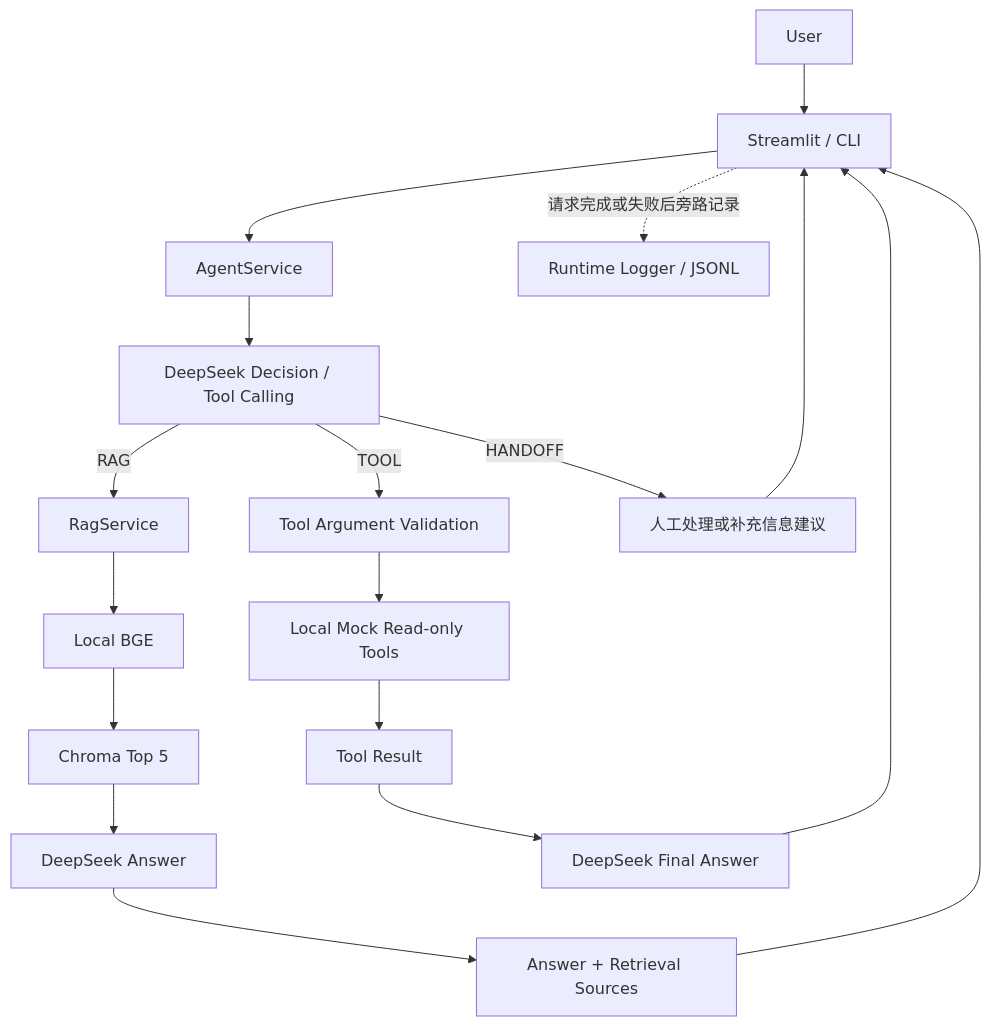
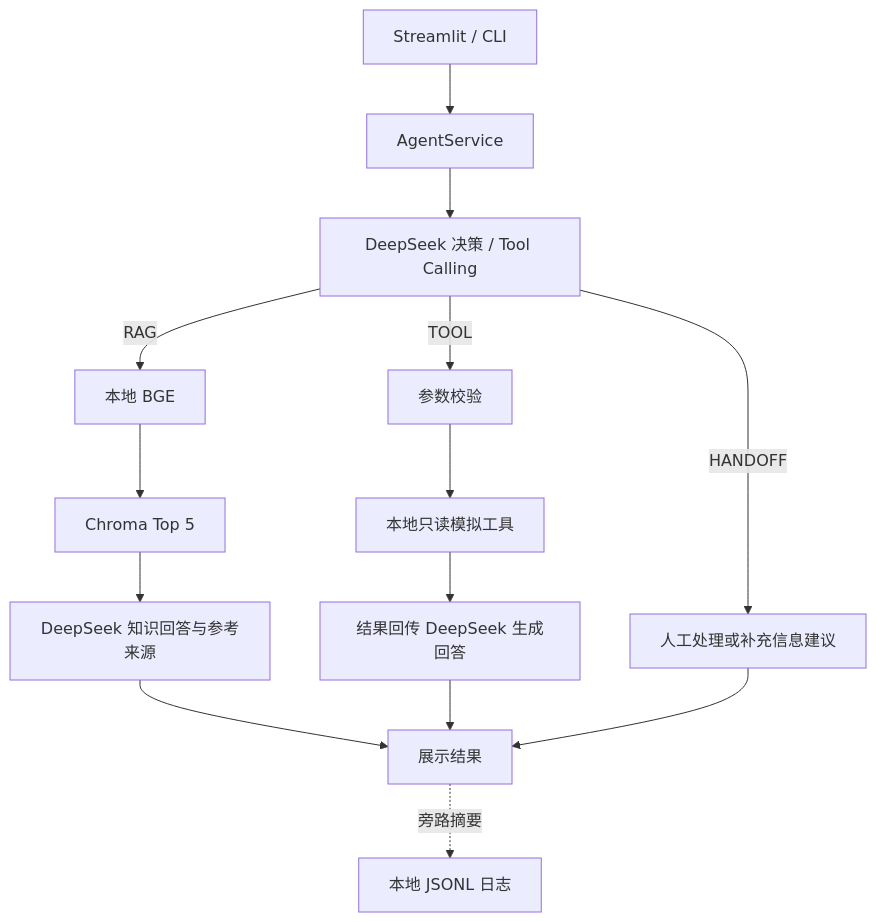
Before and after one commit to Enavant0/aura-labs-ai-customer-service-agent: the diagram in README.md, drawn with Mermaid. The commit also changed other lines of this file and 3 other files, not shown here.

````diff
--- a/README.md
+++ b/README.md
@@ -28,20 +32,16 @@
 ```mermaid
 flowchart TD
-    U[User] --> UI[Streamlit / CLI]
-    UI --> A[AgentService]
-    A --> D[DeepSeek Decision / Tool Calling]
-    D -->|RAG| R[RagService]
-    R --> B[Local BGE]
+    U[Streamlit / CLI] --> A[AgentService]
+    A --> D[DeepSeek 决策 / Tool Calling]
+    D -->|RAG| B[本地 BGE]
     B --> C[Chroma Top 5]
-    C --> G[DeepSeek Answer]
-    G --> O[Answer + Retrieval Sources]
-    D -->|TOOL| V[Tool Argument Validation]
-    V --> T[Local Mock Read-only Tools]
-    T --> TR[Tool Result]
-    TR --> F[DeepSeek Final Answer]
+    C --> R[DeepSeek 知识回答与参考来源]
+    D -->|TOOL| V[参数校验]
+    V --> T[本地只读模拟工具]
+    T --> F[结果回传 DeepSeek 生成回答]
     D -->|HANDOFF| H[人工处理或补充信息建议]
-    O --> UI
-    F --> UI
-    H --> UI
-    UI -. 请求完成或失败后旁路记录 .-> L[Runtime Logger / JSONL]
+    R --> O[展示结果]
+    F --> O
+    H --> O
+    O -. 旁路摘要 .-> L[本地 JSONL 日志]
 ```
````
